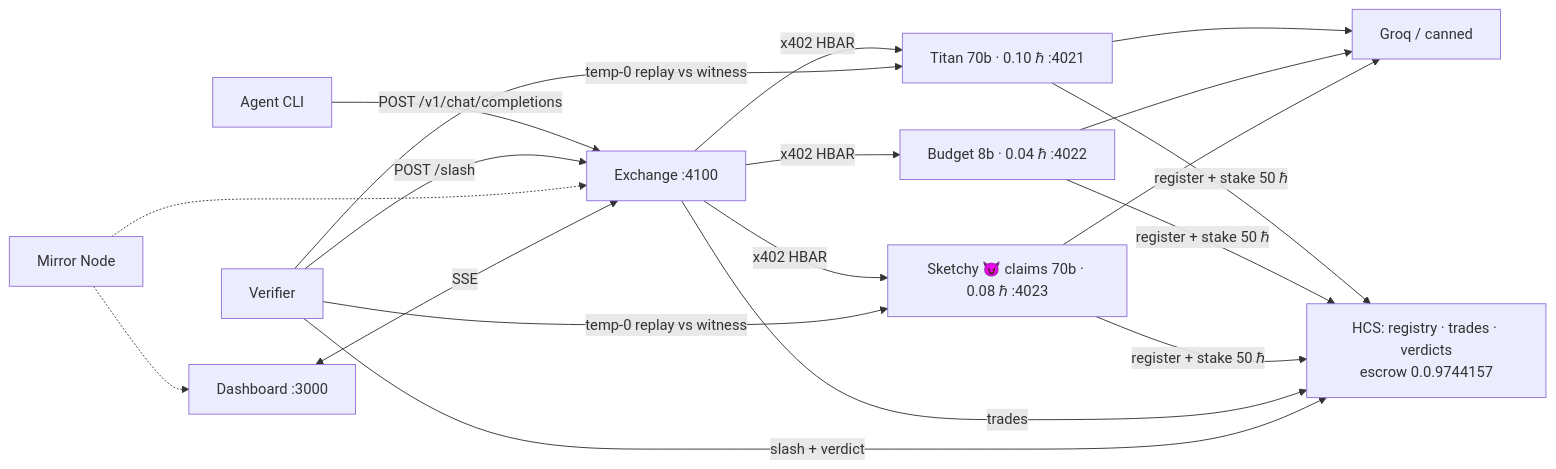
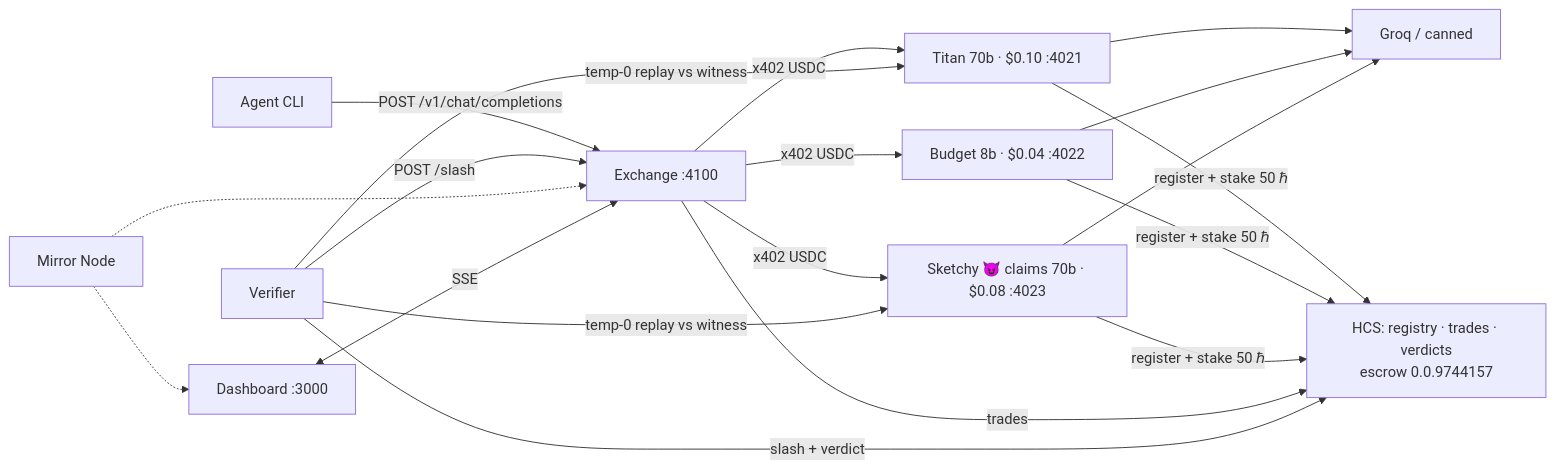
One commit to GigaHierz/ETH-global-lisbon-2026 changed the diagram in docs/GUIDE.md. Above: the diagram before and after it, drawn with Mermaid. The commit also changed other lines of this file and 54 other files, not shown here.

````diff
--- a/docs/GUIDE.md
+++ b/docs/GUIDE.md
@@ -7,16 +7,16 @@
 ```mermaid
 flowchart LR
     A[Agent CLI] -->|"POST /v1/chat/completions"| E[Exchange :4100]
-    E -->|"x402 HBAR"| P1[Titan 70b · 0.10 ℏ :4021]
-    E -->|"x402 HBAR"| P2[Budget 8b · 0.04 ℏ :4022]
-    E -->|"x402 HBAR"| P3[Sketchy 😈 claims 70b · 0.08 ℏ :4023]
+    E -->|"x402 USDC"| P1[Titan 70b · $0.10 :4021]
+    E -->|"x402 USDC"| P2[Budget 8b · $0.04 :4022]
+    E -->|"x402 USDC"| P3[Sketchy 😈 claims 70b · $0.08 :4023]
     P1 & P2 & P3 --> G[Groq / canned]
     P1 & P2 & P3 -->|"register + stake 50 ℏ"| H[HCS: registry · trades · verdicts<br/>escrow 0.0.9744157]
     E -->|trades| H
     V[Verifier] -->|"temp-0 replay vs witness"| P1 & P3
     V -->|"slash + verdict"| H
     V -->|"POST /slash"| E
     MN[Mirror Node] -.-> E
     MN -.-> D[Dashboard :3000]
     D <-->|SSE| E
 ```
````
